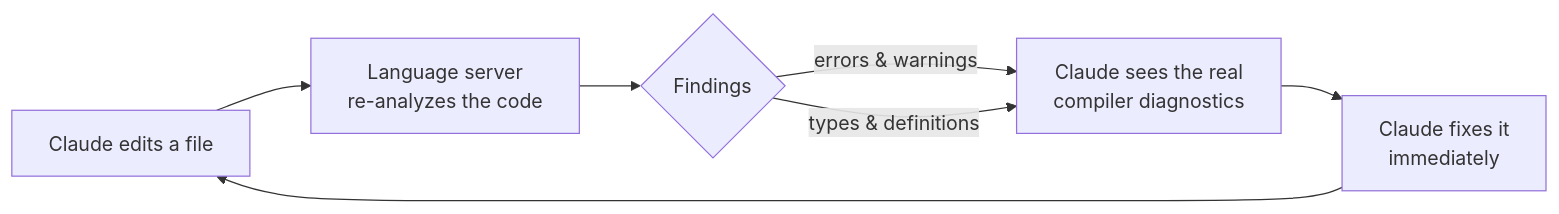
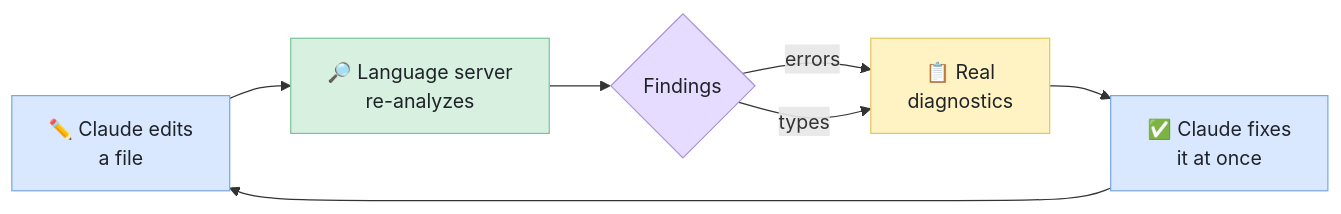
The first of 4 diagrams in plugins/starter-spell/README.md (klesajos/grimoire), drawn with Mermaid before and after one commit. The commit also changed other lines of this file and 2 other files, not shown here.

First line of the commit message:
Restyle README diagrams with pastel palette + shorter labels

````diff
--- a/plugins/starter-spell/README.md
+++ b/plugins/starter-spell/README.md
@@ -175,9 +175,18 @@
 ```mermaid
 flowchart LR
-    A[Claude edits a file] --> B[Language server<br/>re-analyzes the code]
+    A["✏️ Claude edits<br/>a file"] --> B["🔎 Language server<br/>re-analyzes"]
     B --> C{Findings}
-    C -->|errors & warnings| D[Claude sees the real<br/>compiler diagnostics]
-    C -->|types & definitions| D
-    D --> E[Claude fixes it<br/>immediately]
+    C -->|errors| D["📋 Real<br/>diagnostics"]
+    C -->|types| D
+    D --> E["✅ Claude fixes<br/>it at once"]
     E --> A
+
+    classDef act fill:#d9e8ff,stroke:#7aa7e0,stroke-width:1px,color:#1f2328
+    classDef sys fill:#d7f0e0,stroke:#7cc59b,stroke-width:1px,color:#1f2328
+    classDef out fill:#fff3c4,stroke:#e0c860,stroke-width:1px,color:#1f2328
+    classDef dec fill:#e6dcff,stroke:#a98fe0,stroke-width:1px,color:#1f2328
+    class A,E act
+    class B sys
+    class D out
+    class C dec
 ```
````
